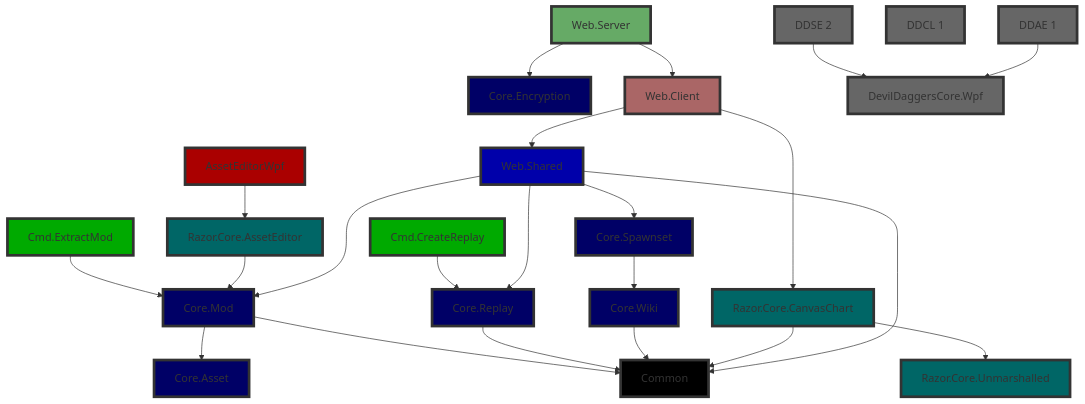
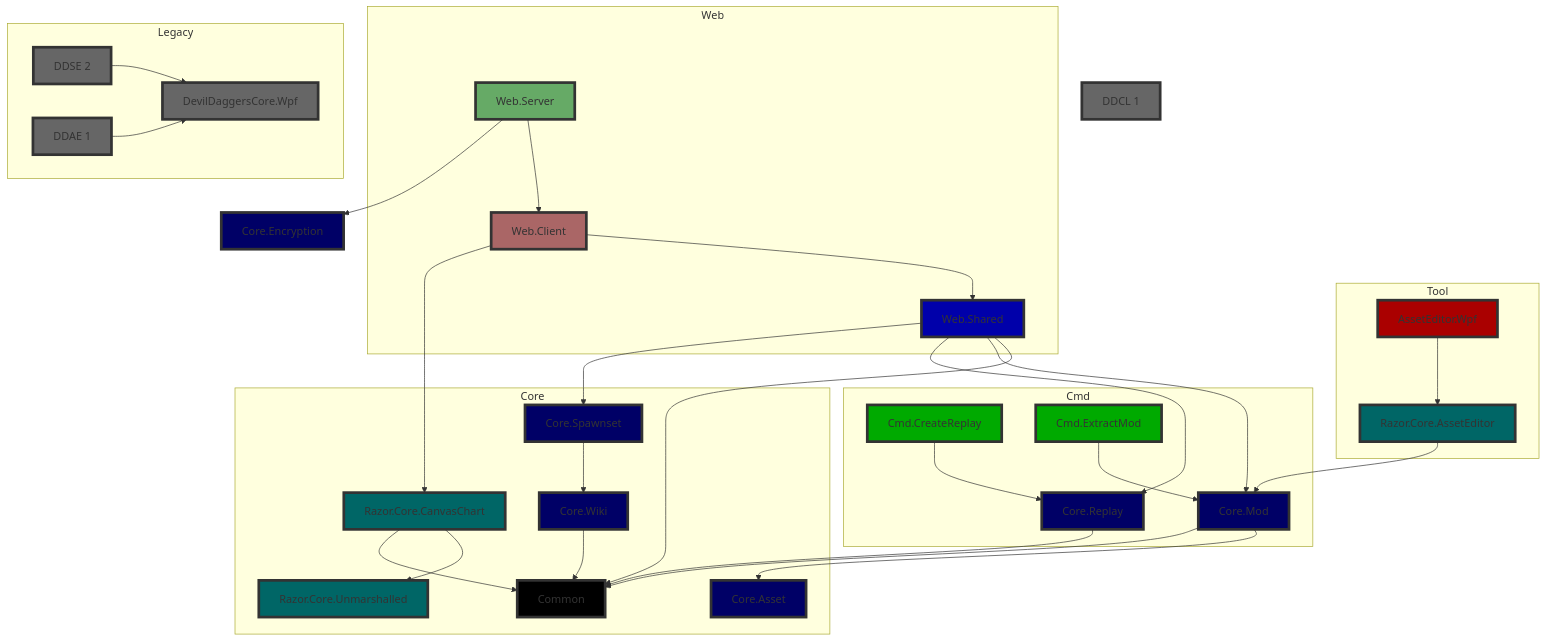
Before and after one commit to NoahStolk/ddinfo-web: the first of 2 diagrams in docs/architecture.md, drawn with Mermaid. The commit also changed other lines of this file, not shown here.

````diff
--- a/docs/architecture.md
+++ b/docs/architecture.md
@@ -20,7 +20,5 @@
 ```mermaid
 flowchart TD;
-
-	%% DevilDaggersInfo
 
     asseteditor_wpf[AssetEditor.Wpf]
     cmd_createreplay[Cmd.CreateReplay]
@@ -57,39 +55,45 @@
     classDef web_server fill:#6a6,stroke:#333,stroke-width:4px;
     classDef web_shared fill:#00a,stroke:#333,stroke-width:4px;
 
-	asseteditor_wpf --> razor_core_asseteditor
+	subgraph Tool
+		asseteditor_wpf --> razor_core_asseteditor
+	end
 
-	cmd_createreplay --> core_replay
+	subgraph Cmd
+		cmd_createreplay --> core_replay
+		cmd_extractmod --> core_mod
+	end
 	
-	cmd_extractmod --> core_mod
+	subgraph Core
+		core_mod --> core_asset
+		core_mod --> common
 	
-	core_mod --> core_asset
-	core_mod --> common
+		core_replay --> common
 	
-	core_replay --> common
+		core_spawnset --> core_wiki
 	
-	core_spawnset --> core_wiki
+		core_wiki --> common
 	
-	core_wiki --> common
+		razor_core_asseteditor --> core_mod
 	
-	razor_core_asseteditor --> core_mod
+		razor_core_canvaschart --> razor_core_unmarshalled
+		razor_core_canvaschart --> common
+	end
 	
-	razor_core_canvaschart --> razor_core_unmarshalled
-	razor_core_canvaschart --> common
-
-	web_client --> razor_core_canvaschart
-	web_client --> web_shared
+	subgraph Web
+		web_client --> web_shared
+		web_server --> web_client
+	end
 	
 	web_server --> core_encryption
-	web_server --> web_client
+	
+	web_client --> razor_core_canvaschart
 	
 	web_shared --> common
 	web_shared --> core_mod
 	web_shared --> core_replay
 	web_shared --> core_spawnset
 	
-	%% Legacy
-
 	ddse_legacy[DDSE 2]
 	ddcl_legacy[DDCL 1]
 	ddae_legacy[DDAE 1]
@@ -99,6 +103,8 @@
 
 	classDef legacy fill:#666,stroke:#333,stroke-width:4px;
 	
-	ddse_legacy --> ddcore_legacy
-	ddae_legacy --> ddcore_legacy
+	subgraph Legacy
+		ddse_legacy --> ddcore_legacy
+		ddae_legacy --> ddcore_legacy
+	end
 ```
````
